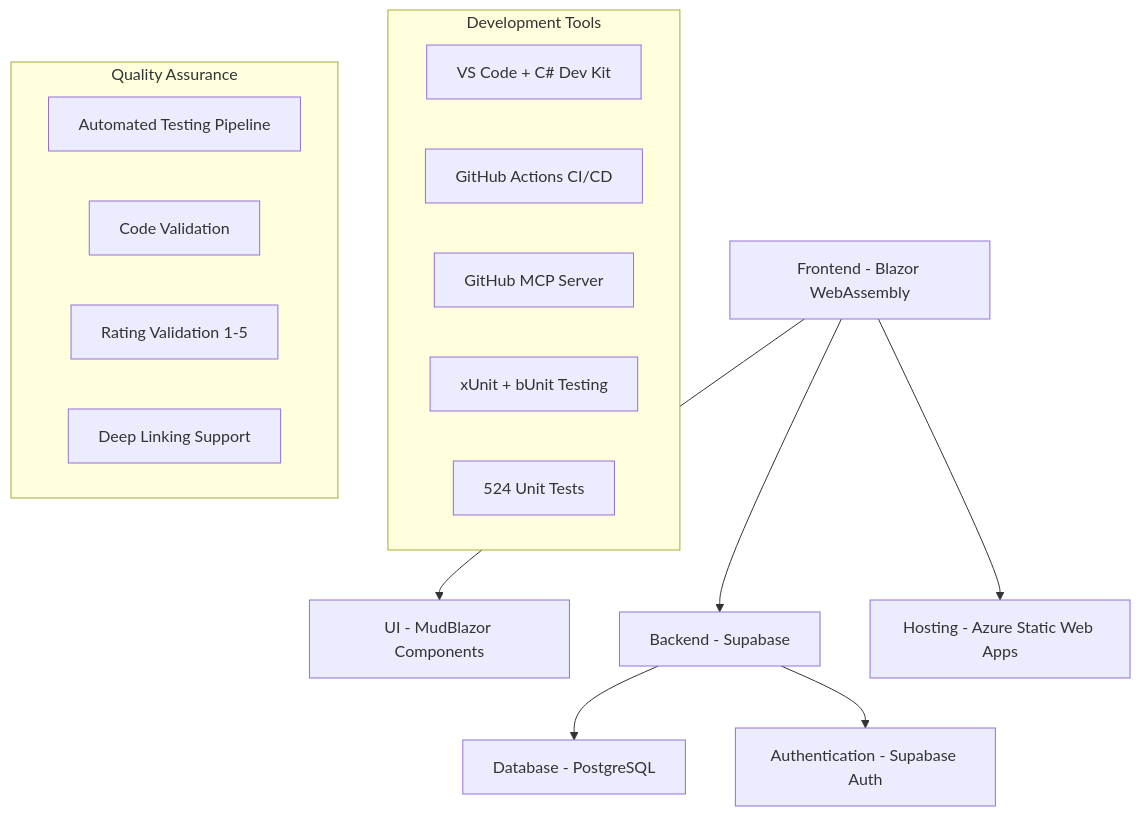
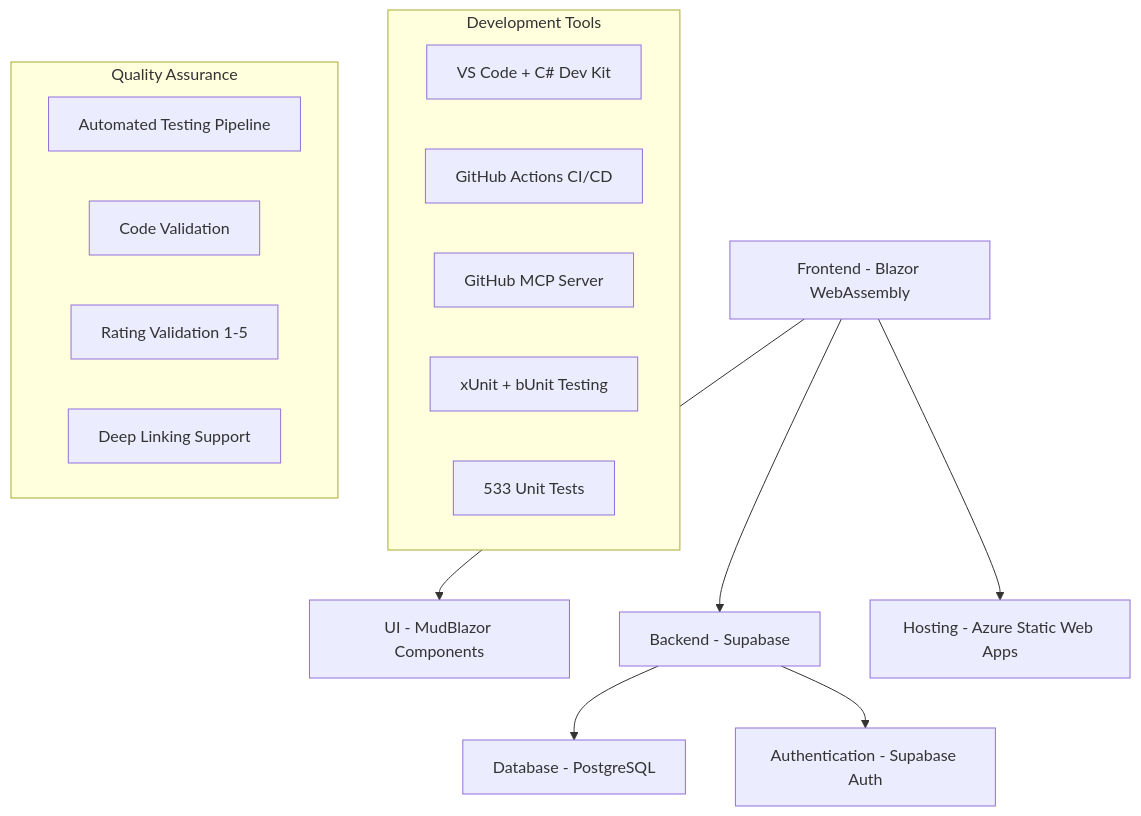
The first of 4 diagrams in docs/README.md (mongeon/RecettesIndex), drawn with Mermaid before and after one commit. The commit also changed other lines of this file and 8 other files, not shown here.

````diff
--- a/docs/README.md
+++ b/docs/README.md
@@ -32,23 +32,23 @@
 ```mermaid
 graph TB
     A[Frontend - Blazor WebAssembly] --> B[UI - MudBlazor Components]
     A --> C[Backend - Supabase]
     C --> D[Database - PostgreSQL]
     C --> E[Authentication - Supabase Auth]
     A --> F[Hosting - Azure Static Web Apps]
     
     subgraph "Development Tools"
         G[VS Code + C# Dev Kit]
         H[GitHub Actions CI/CD]
         I[GitHub MCP Server]
         J[xUnit + bUnit Testing]
-        K[524 Unit Tests]
+        K[533 Unit Tests]
     end
     
     subgraph "Quality Assurance"
         L[Automated Testing Pipeline]
         M[Code Validation]
         N[Rating Validation 1-5]
         O[Deep Linking Support]
     end
 ```
````
